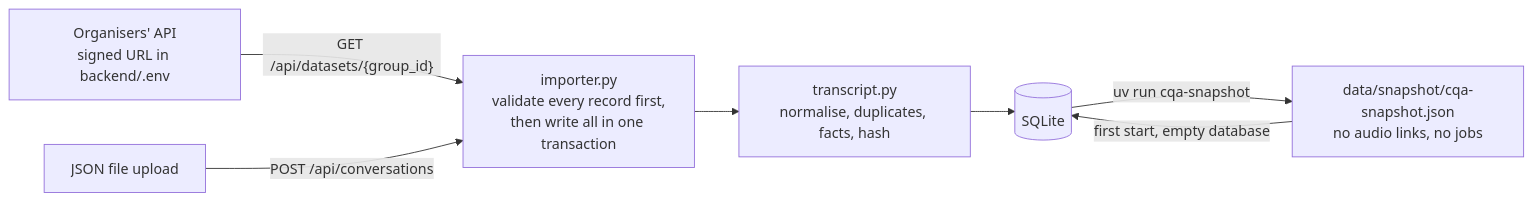
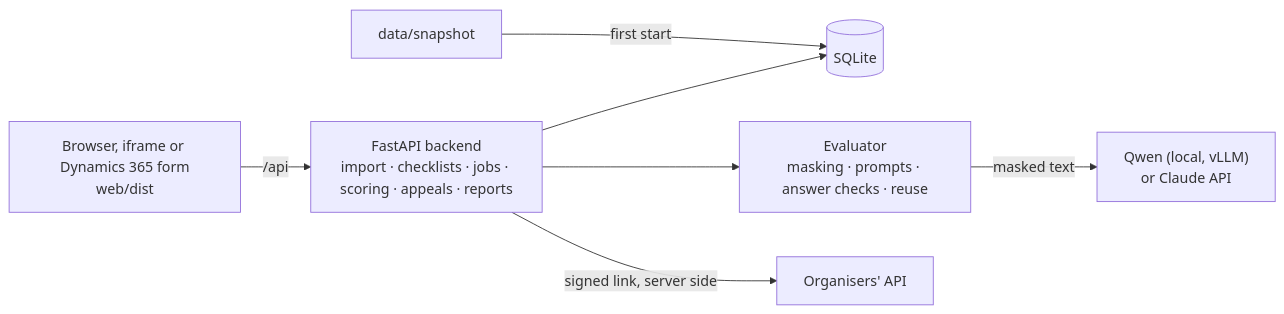
One commit to gtbsbe-draingang/gtbsbe_freedom changed the diagram in README.md. Above: the diagram before and after it, drawn with Mermaid. The commit also changed other lines of this file and 3 other files, not shown here.

````diff
--- a/README.md
+++ b/README.md
@@ -425,9 +67,9 @@
 ```mermaid
 flowchart LR
-  Org["Organisers' API<br/>signed URL in backend/.env"] -- "GET /api/datasets/{group_id}" --> Imp["importer.py<br/>validate every record first,<br/>then write all in one transaction"]
-  Up["JSON file upload"] -- "POST /api/conversations" --> Imp
-  Imp --> T["transcript.py<br/>normalise, duplicates, facts, hash"]
-  T --> DB[("SQLite")]
-  DB -- "uv run cqa-snapshot" --> S["data/snapshot/cqa-snapshot.json<br/>no audio links, no jobs"]
-  S -- "first start, empty database" --> DB
+  UI["Browser, iframe or Dynamics 365 form<br/>web/dist"] -- "/api" --> API["FastAPI backend<br/>import · checklists · jobs · scoring · appeals · reports"]
+  API --> DB[("SQLite")]
+  API --> Ev["Evaluator<br/>masking · prompts · answer checks · reuse"]
+  Ev -- "masked text" --> LLM["Qwen (local, vLLM)<br/>or Claude API"]
+  API -- "signed link, server side" --> Org["Organisers' API"]
+  Snap["data/snapshot"] -- "first start" --> DB
 ```
````
